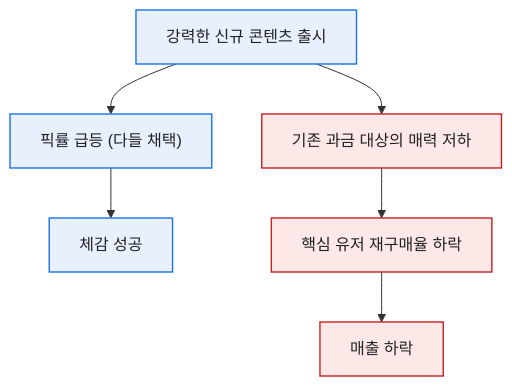
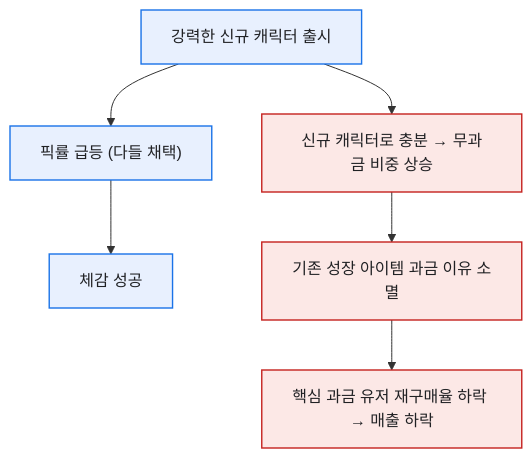
One commit to DBhyeong/DBhyeong.github.io changed the first of 3 diagrams in content/blog/pick-rate-up-revenue-down.md. Above: the diagram before and after it, drawn with Mermaid. The commit also changed other lines of this file and 9 other files, not shown here.

````diff
--- a/content/blog/pick-rate-up-revenue-down.md
+++ b/content/blog/pick-rate-up-revenue-down.md
@@ -18,11 +18,11 @@
 ```mermaid
 flowchart TB
   classDef n fill:#e8f0fe,stroke:#1a73e8,stroke-width:1.4px,color:#202124
   classDef bad fill:#fce8e6,stroke:#c5221f,stroke-width:1.4px,color:#202124
-  C["강력한 신규 콘텐츠 출시"]:::n
+  C["강력한 신규 캐릭터 출시"]:::n
   C --> P["픽률 급등 (다들 채택)"]:::n
-  C --> F["기존 과금 대상의 매력 저하"]:::bad
+  C --> F["신규 캐릭터로 충분 → 무과금 비중 상승"]:::bad
   P --> G["체감 성공"]:::n
-  F --> R["핵심 유저 재구매율 하락"]:::bad
-  R --> REV["매출 하락"]:::bad
+  F --> R["기존 성장 아이템 과금 이유 소멸"]:::bad
+  R --> REV["핵심 과금 유저 재구매율 하락 → 매출 하락"]:::bad
 ```
````
